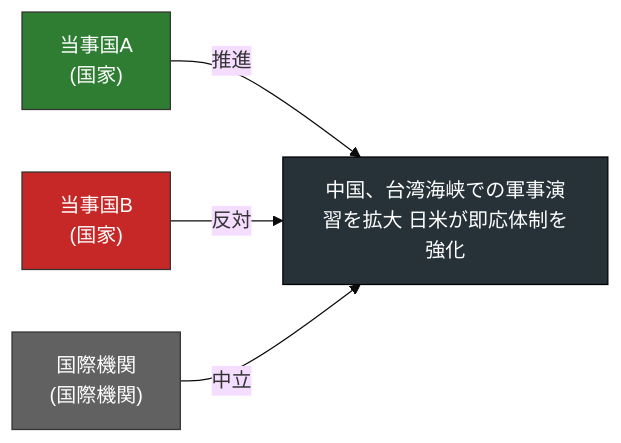
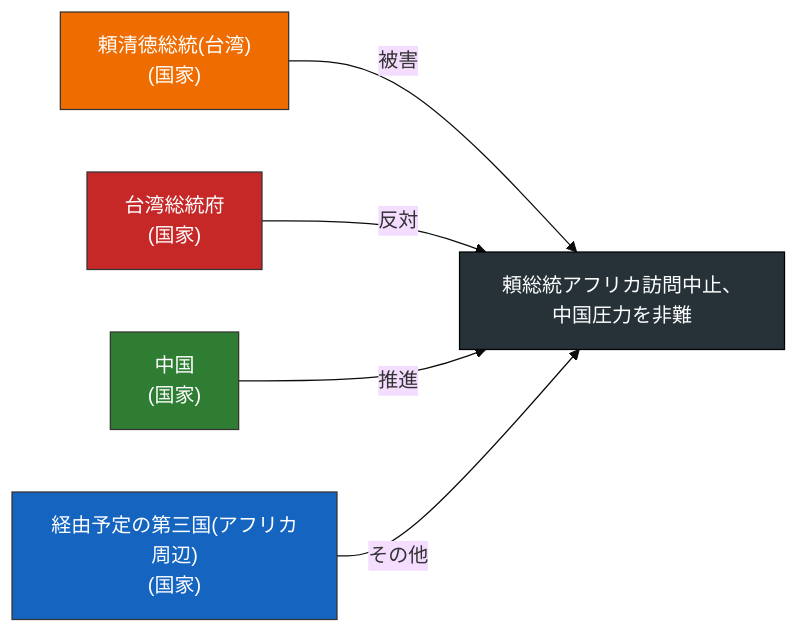
Diagram 12 of 25 in docs/reports/2026-04-22.md (YUUUyutaro/tiseigaku), drawn with Mermaid (base theme) before and after one commit. The commit also changed other lines of this file and 3 other files, not shown here.

````diff
--- a/docs/reports/2026-04-22.md
+++ b/docs/reports/2026-04-22.md
@@ -128,14 +219,17 @@
 ```mermaid
 flowchart LR
-  T["中国、台湾海峡での軍事演習を拡大 日米が即応体制を強化"]
-  A0["当事国A\n(国家)"]
-  A0 -- 推進 --> T
-  style A0 fill:#2e7d32,color:#fff,stroke:#333
-  A1["当事国B\n(国家)"]
+  T["頼総統アフリカ訪問中止、中国圧力を非難"]
+  A0["頼清徳総統(台湾)\n(国家)"]
+  A0 -- 被害 --> T
+  style A0 fill:#ef6c00,color:#fff,stroke:#333
+  A1["台湾総統府\n(国家)"]
   A1 -- 反対 --> T
   style A1 fill:#c62828,color:#fff,stroke:#333
-  A2["国際機関\n(国際機関)"]
-  A2 -- 中立 --> T
-  style A2 fill:#616161,color:#fff,stroke:#333
+  A2["中国\n(国家)"]
+  A2 -- 推進 --> T
+  style A2 fill:#2e7d32,color:#fff,stroke:#333
+  A3["経由予定の第三国(アフリカ周辺)\n(国家)"]
+  A3 -- その他 --> T
+  style A3 fill:#1565c0,color:#fff,stroke:#333
   style T fill:#263238,color:#fff,stroke:#000
 ```
````
